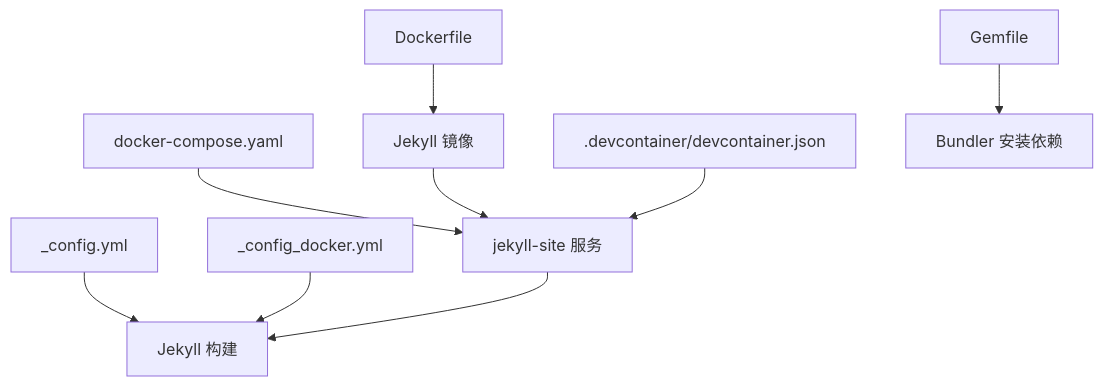
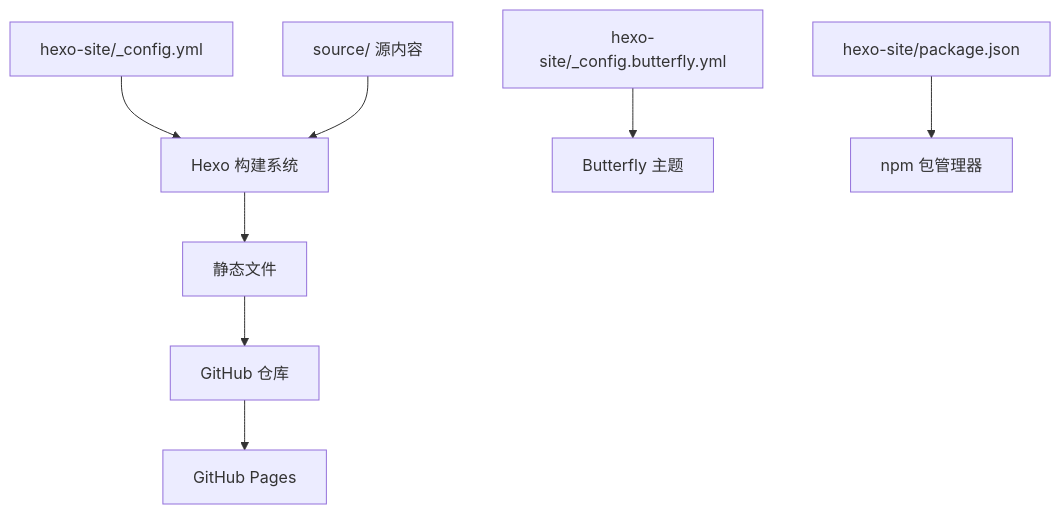
Before and after one commit to CoolPig0720/CoolPig0720.github.io: the sixth of 6 diagrams in .qoder/repowiki/zh/content/部署和维护/Docker 容器化部署.md, drawn with Mermaid. The commit also changed other lines of this file and 36 other files, not shown here.

````diff
--- a/.qoder/repowiki/zh/content/部署和维护/Docker 容器化部署.md
+++ b/.qoder/repowiki/zh/content/部署和维护/Docker 容器化部署.md
@@ -314,11 +253,10 @@
 ```mermaid
 graph TB
-Dockerfile["Dockerfile"] --> Image["Jekyll 镜像"]
-docker_compose["docker-compose.yaml"] --> Service["jekyll-site 服务"]
-Image --> Service
-DevContainer[".devcontainer/devcontainer.json"] --> Service
-Config["_config.yml"] --> Jekyll["Jekyll 构建"]
-DockerConfig["_config_docker.yml"] --> Jekyll
-Gemfile["Gemfile"] --> Bundler["Bundler 安装依赖"]
-Service --> Jekyll
+Config["hexo-site/_config.yml"] --> Hexo["Hexo 构建系统"]
+ThemeConfig["hexo-site/_config.butterfly.yml"] --> Theme["Butterfly 主题"]
+Package["hexo-site/package.json"] --> NPM["npm 包管理器"]
+Source["source/ 源内容"] --> Hexo
+Hexo --> Static["静态文件"]
+Static --> GitHub["GitHub 仓库"]
+GitHub --> Pages["GitHub Pages"]
 ```
````
